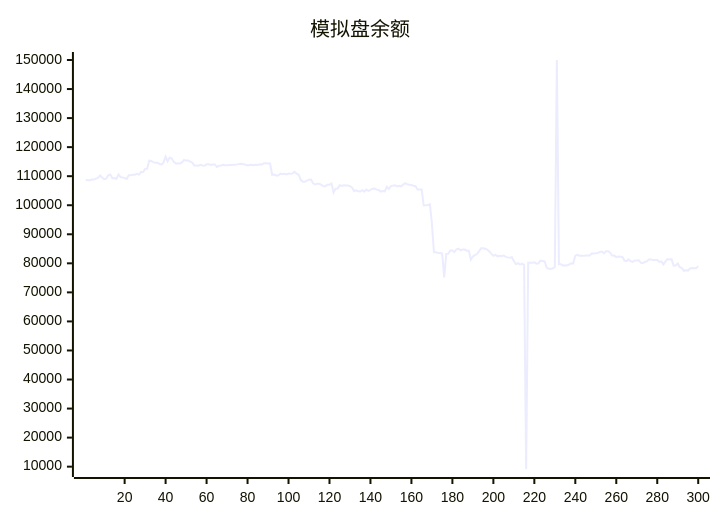
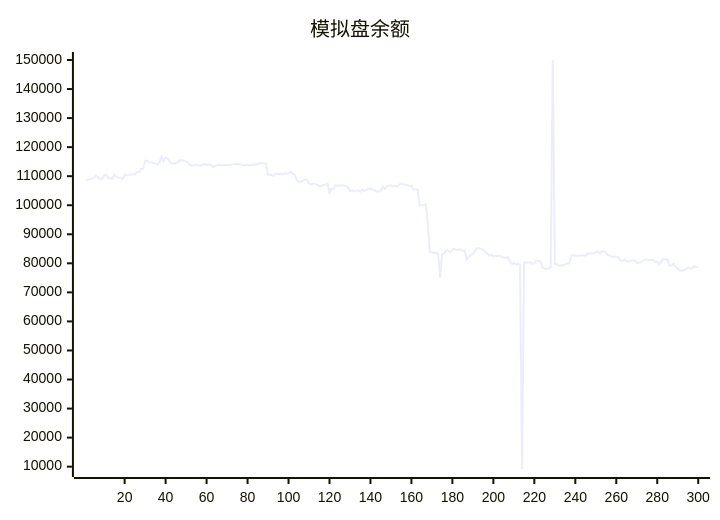
The diagram in README.md (aahl/ai-trading), drawn with Mermaid before and after one commit. The commit also changed other lines of this file and 1 other file, not shown here.

````diff
--- a/README.md
+++ b/README.md
@@ -5,5 +5,5 @@
 ```mermaid
 xychart
     title "模拟盘余额"
-    line [108752,108644,108644,108863,108823,109162,109419,110224,109539,108945,109172,110262,110546,109304,109343,109053,110606,109702,109584,109337,109071,110342,110342,110488,110488,110814,110531,111421,111421,112518,112522,115341,115266,114830,114584,114588,114231,113973,114726,116697,115160,116423,116083,114950,114365,114365,114388,114730,115582,115358,115358,115032,114686,113688,113688,113610,113930,113672,113585,114083,114074,113840,113996,114051,113208,113593,113701,113901,113794,113784,113810,113848,113927,113929,114064,114232,114293,114144,113960,113698,113853,113942,113812,113908,113877,114091,113998,114427,114422,114384,114384,110477,110576,110198,110198,110890,110712,110812,110569,110929,110847,110968,111478,110870,110433,108661,108116,108115,108485,108797,108877,107536,107134,107393,107393,107046,106565,106565,107081,107081,107478,104404,105715,105749,106866,106651,106889,106771,106816,106565,106141,104876,105103,104796,104734,105169,104690,105380,104941,105272,105709,105739,105374,105227,104691,104924,104762,106364,105628,106608,106748,106872,106485,106721,106468,107132,107620,107224,107080,107001,106717,106567,105431,105431,105440,99950,100017,100113,100337,93749,83795,83807,83567,83567,83342,75168,83222,83336,84448,84449,83896,84839,85065,84499,84757,84757,84364,84347,81254,82385,82835,83184,84099,85150,85150,85002,84751,84096,83356,82582,82983,82404,82572,82512,82688,82200,82047,81920,82125,80840,79688,80060,79552,79920,79470,9193,80236,80208,80170,80336,79894,80006,80954,80837,80712,78561,78139,78037,78293,78682,150000,79720,79720,79214,79372,79279,79591,80046,79993,82625,82950,82626,82571,82633,82670,82670,82681,83386,83378,83464,83579,83920,84037,83402,84160,84142,83652,82655,82655,82145,82315,82243,82163,80934,80770,81371,80742,80468,80989,80989,81067,80191,80155,80450,80737,81309,81309,81106,81119,81119,80471,80631,79624,80670,81448,81290,81429,79212,79222,79940,78643,78380,77432,77623,77504,78235,78358,78284,78277,79048]
+    line [108644,108863,108823,109162,109419,110224,109539,108945,109172,110262,110546,109304,109343,109053,110606,109702,109584,109337,109071,110342,110342,110488,110488,110814,110531,111421,111421,112518,112522,115341,115266,114830,114584,114588,114231,113973,114726,116697,115160,116423,116083,114950,114365,114365,114388,114730,115582,115358,115358,115032,114686,113688,113688,113610,113930,113672,113585,114083,114074,113840,113996,114051,113208,113593,113701,113901,113794,113784,113810,113848,113927,113929,114064,114232,114293,114144,113960,113698,113853,113942,113812,113908,113877,114091,113998,114427,114422,114384,114384,110477,110576,110198,110198,110890,110712,110812,110569,110929,110847,110968,111478,110870,110433,108661,108116,108115,108485,108797,108877,107536,107134,107393,107393,107046,106565,106565,107081,107081,107478,104404,105715,105749,106866,106651,106889,106771,106816,106565,106141,104876,105103,104796,104734,105169,104690,105380,104941,105272,105709,105739,105374,105227,104691,104924,104762,106364,105628,106608,106748,106872,106485,106721,106468,107132,107620,107224,107080,107001,106717,106567,105431,105431,105440,99950,100017,100113,100337,93749,83795,83807,83567,83567,83342,75168,83222,83336,84448,84449,83896,84839,85065,84499,84757,84757,84364,84347,81254,82385,82835,83184,84099,85150,85150,85002,84751,84096,83356,82582,82983,82404,82572,82512,82688,82200,82047,81920,82125,80840,79688,80060,79552,79920,79470,9193,80236,80208,80170,80336,79894,80006,80954,80837,80712,78561,78139,78037,78293,78682,150000,79720,79720,79214,79372,79279,79591,80046,79993,82625,82950,82626,82571,82633,82670,82670,82681,83386,83378,83464,83579,83920,84037,83402,84160,84142,83652,82655,82655,82145,82315,82243,82163,80934,80770,81371,80742,80468,80989,80989,81067,80191,80155,80450,80737,81309,81309,81106,81119,81119,80471,80631,79624,80670,81448,81290,81429,79212,79222,79940,78643,78380,77432,77623,77504,78235,78358,78284,78277,79048,78714,78714]
 ```
````
